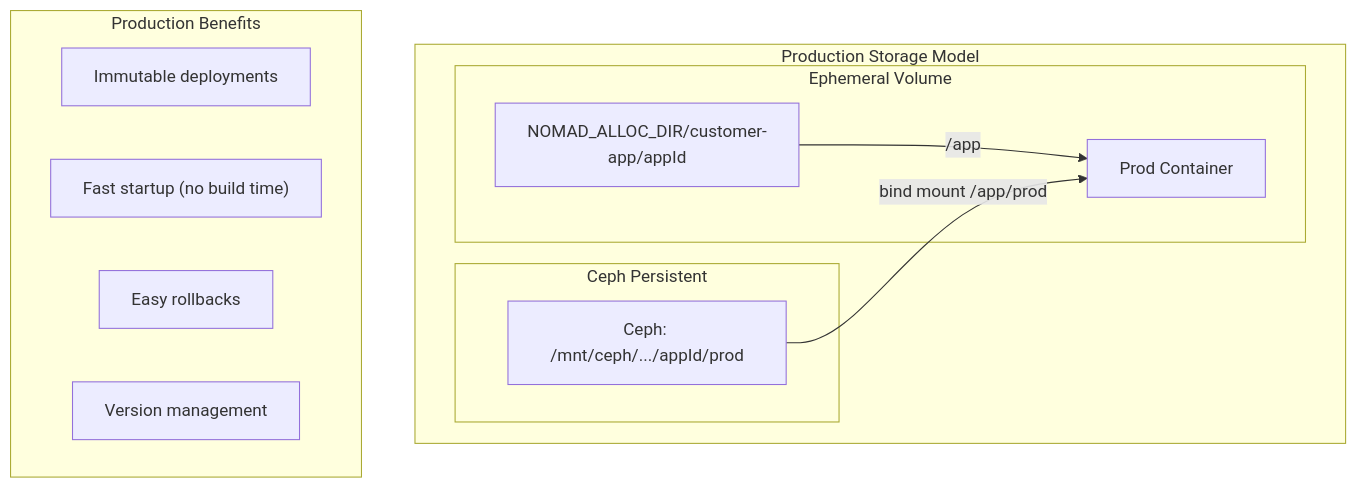
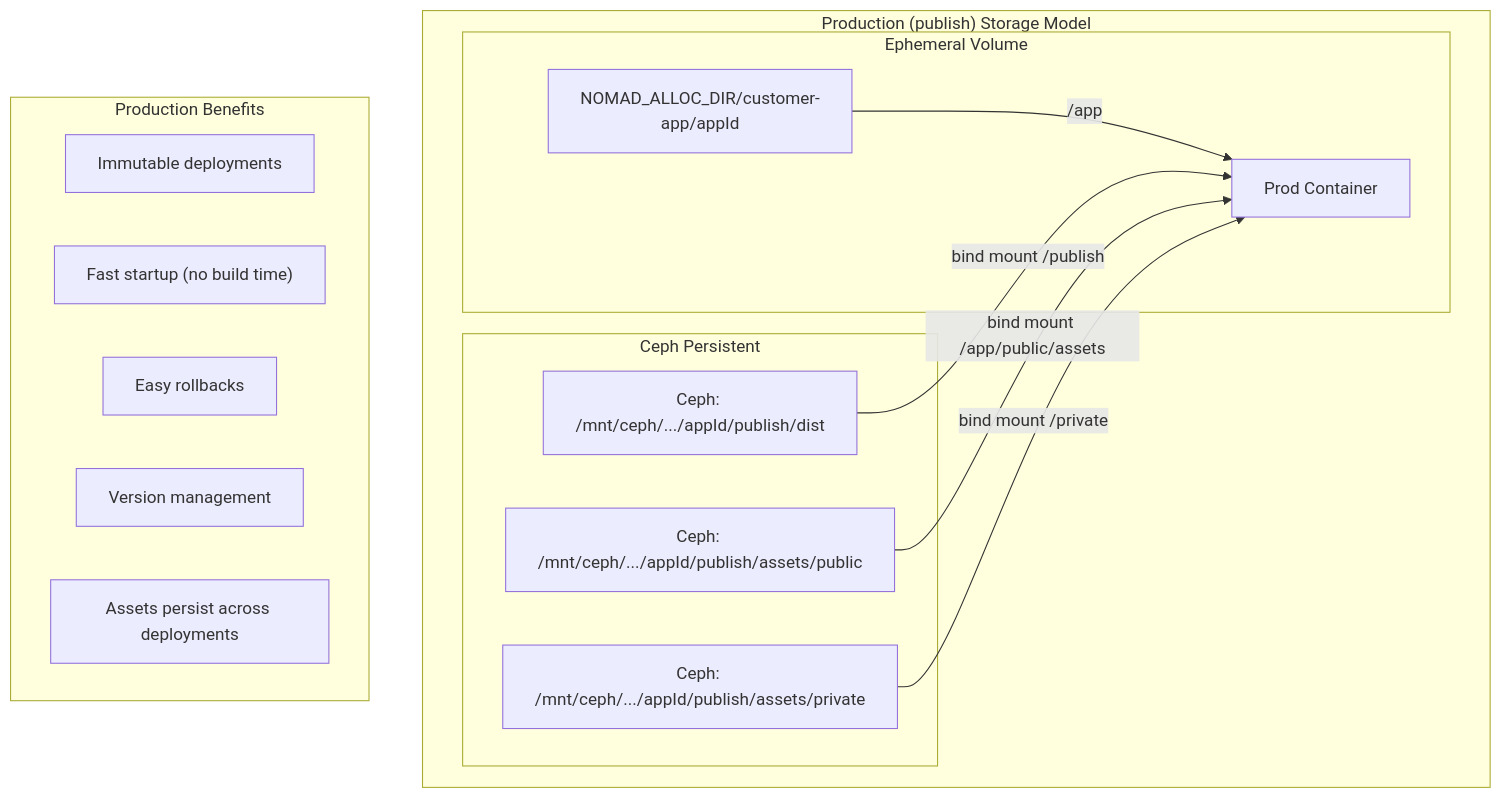
The second of 5 diagrams in docs/persistent-storage-architecture.md (hsharif-godaddy/hackathon2026), drawn with Mermaid before and after one commit. The commit also changed other lines of this file and 7 other files, not shown here.

````diff
--- a/docs/persistent-storage-architecture.md
+++ b/docs/persistent-storage-architecture.md
@@ -50,21 +55,26 @@
 ```mermaid
 graph TB
-    subgraph "Production Storage Model"
+    subgraph "Production (publish) Storage Model"
         subgraph "Ephemeral Volume"
             EV2["NOMAD_ALLOC_DIR/customer-app/appId"]
             EV2 --> |"/app"| APP2[Prod Container]
         end
-        
+
         subgraph "Ceph Persistent"
-            CEPH2["Ceph: /mnt/ceph/.../appId/prod"]
-            CEPH2 --> |"bind mount /app/prod"| APP2
+            CEPH2["Ceph: /mnt/ceph/.../appId/publish/dist"]
+            CEPH2 --> |"bind mount /publish"| APP2
+            CEPH3["Ceph: /mnt/ceph/.../appId/publish/assets/public"]
+            CEPH3 --> |"bind mount /app/public/assets"| APP2
+            CEPH4["Ceph: /mnt/ceph/.../appId/publish/assets/private"]
+            CEPH4 --> |"bind mount /private"| APP2
         end
     end
-    
+
     subgraph "Production Benefits"
         P1["Immutable deployments"]
         P2["Fast startup (no build time)"]
         P3["Easy rollbacks"]
         P4["Version management"]
+        P5["Assets persist across deployments"]
     end
 ```
````
